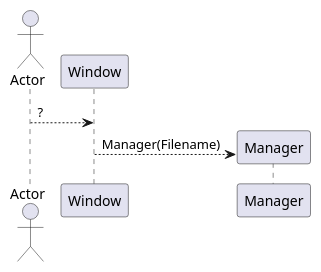
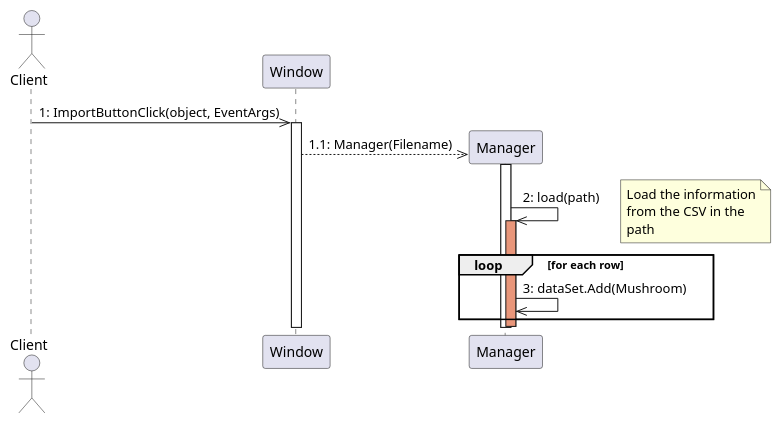
One commit to Esarac/FungiParadise changed the diagram in FungiParadise/Doc/seq2Load.plantuml. Above: the diagram before and after it, drawn with PlantUML. The commit also changed 1 other file, not shown here.

Commit message:
Added seq 1 and seq 2 WSD and PLANTUML
they are now corrected

```diff
--- a/FungiParadise/Doc/seq2Load.plantuml
+++ b/FungiParadise/Doc/seq2Load.plantuml
@@ -1,12 +1,30 @@
 @startuml Sequence 2
 
-actor Actor
+actor Client
 
-Actor --> Window : ?
+Client ->> Window : 1: ImportButtonClick(object, EventArgs)
 
+activate Window
 create Manager
-Window --> Manager : Manager(Filename)
+
+Window -->> Manager : 1.1: Manager(Filename)
+activate Manager
+Manager ->> Manager : 2: load(path)
+
+note right 
+Load the information
+from the CSV in the
+path
+end note
+
+activate Manager #DarkSalmon
+loop for each row 
+Manager ->> Manager : 3: dataSet.Add(Mushroom)
+
+end
+
+deactivate Manager
 
 
 
 @enduml
```
